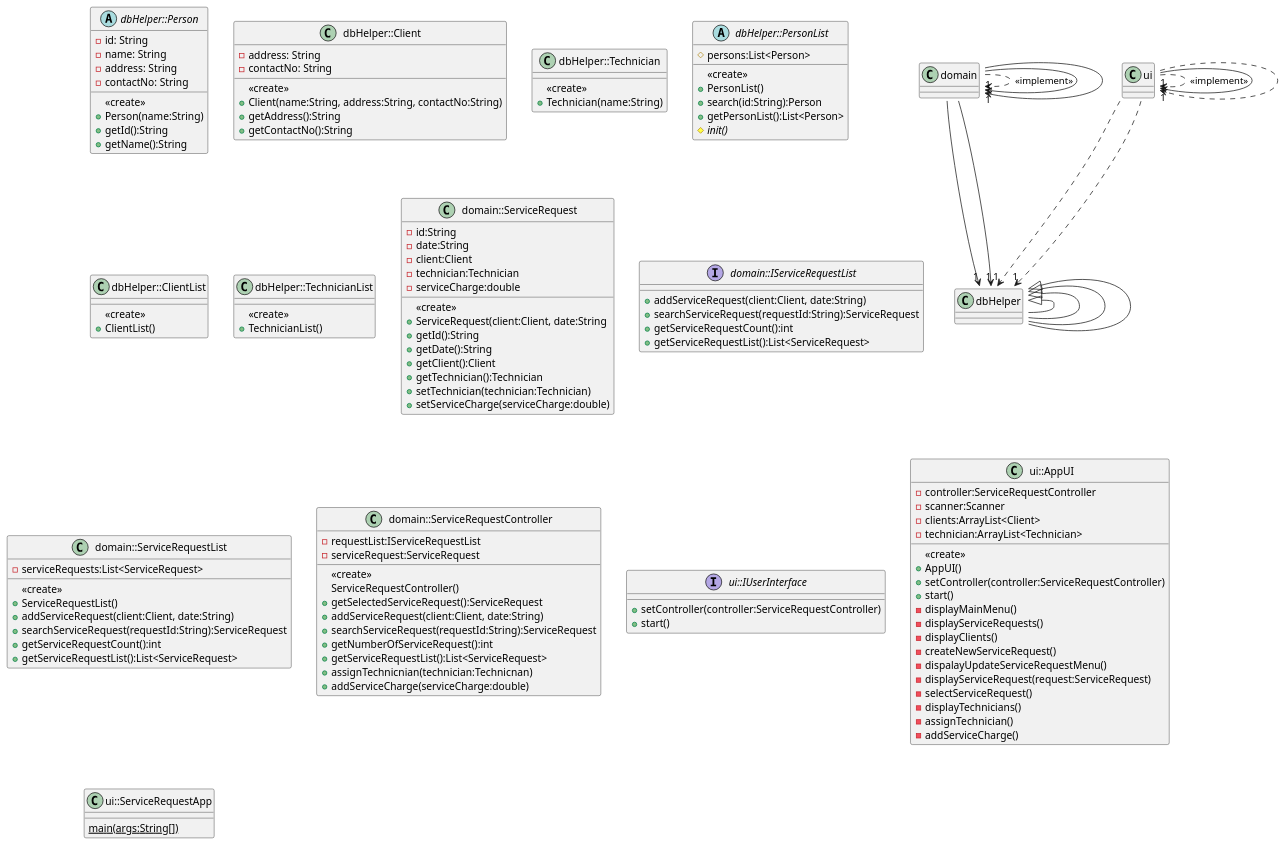
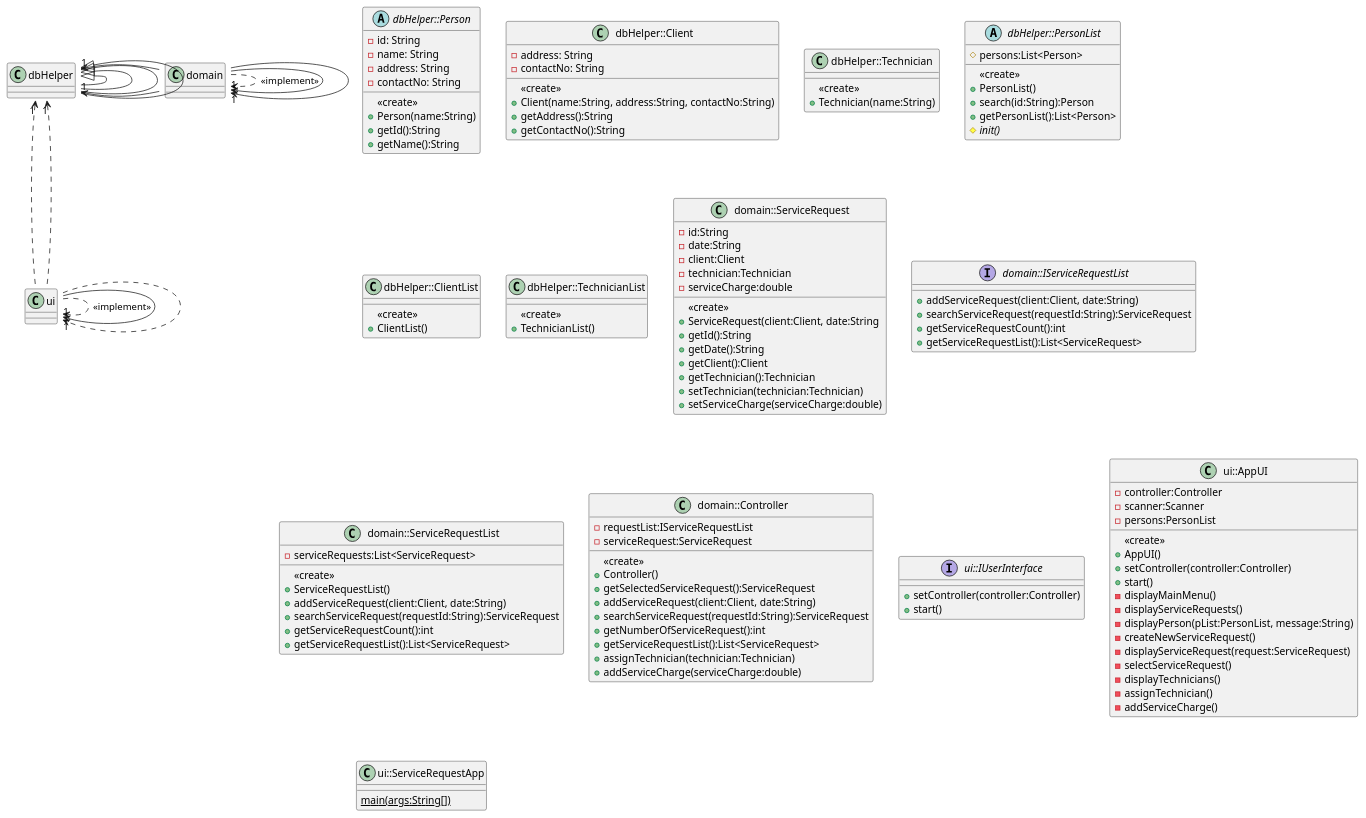
One commit to WLun001/service-request-app changed the diagram in UML/ClassDiagram/DesignClassDiagram.puml. Above: the diagram before and after it, drawn with PlantUML. The commit also changed 2 other files, not shown here.

Commit message:
Added diagrams - Package Diagram - Analysis Class Diagram - Fixed typo of Controller - Optimised import of src

```diff
--- a/UML/ClassDiagram/DesignClassDiagram.puml
+++ b/UML/ClassDiagram/DesignClassDiagram.puml
@@ -1,143 +1,141 @@
 @startuml
 dbHelper::Person <|-- dbHelper::Client
 dbHelper::Person <|-- dbHelper::Technician
 
 dbHelper::PersonList <|-- dbHelper::ClientList
 dbHelper::PersonList <|-- dbHelper::TechnicianList
 
 domain::ServiceRequest --> "1" dbHelper::Technician
-domain::ServiceRequest --> "1" dbHelper::Client
+domain::ServiceRequest -left-> "1" dbHelper::Client
 
 domain::ServiceRequestList ..> domain::IServiceRequestList : <<implement>>
 
-domain::ServiceRequestController --> "1" domain::ServiceRequest
-domain::ServiceRequestController --> "1" domain::IServiceRequestList
+domain::Controller --> "1" domain::ServiceRequest
+domain::Controller --> "1" domain::IServiceRequestList
 
-ui::AppUI ..> ui::IUserInterface : <<implement>>
+ui::AppUI .right.> ui::IUserInterface : <<implement>>
 ui::ServiceRequestApp --> "1" ui::IUserInterface
-ui::ServiceRequestApp ..> "1" dbHelper::TechnicianList
-ui::ServiceRequestApp ..> "1" dbHelper::ClientList
+ui::ServiceRequestApp .up.> "1" dbHelper::TechnicianList
+ui::ServiceRequestApp .up.> "1" dbHelper::ClientList
 ui::ServiceRequestApp ..> "1" ui::AppUI
 
 abstract class dbHelper::Person{
  -id: String
  -name: String
  -address: String
  -contactNo: String
  {method}<<create>>
  +Person(name:String)
  +getId():String
  +getName():String
 }
 
 class dbHelper::Client{
  -address: String
  -contactNo: String
  {method}<<create>>
  +Client(name:String, address:String, contactNo:String)
  +getAddress():String
  +getContactNo():String
 }
 
 class dbHelper::Technician{
  {method}<<create>>
  +Technician(name:String)
 }
 
 abstract class dbHelper::PersonList{
  #persons:List<Person>
  {method}<<create>>
  +PersonList()
  +search(id:String):Person
  +getPersonList():List<Person>
  #{abstract}init()
 }
 
 class dbHelper::ClientList{
  {method}<<create>>
  +ClientList()
 }
 
 class dbHelper::TechnicianList{
  {method}<<create>>
  +TechnicianList()
 }
 
 class domain::ServiceRequest{
  -id:String
  -date:String
  -client:Client
  -technician:Technician
  -serviceCharge:double
  {method}<<create>>
  +ServiceRequest(client:Client, date:String
  +getId():String
  +getDate():String
  +getClient():Client
  +getTechnician():Technician
  +setTechnician(technician:Technician)
  +setServiceCharge(serviceCharge:double)
 }
 
 interface domain::IServiceRequestList{
 +addServiceRequest(client:Client, date:String)
 +searchServiceRequest(requestId:String):ServiceRequest
 +getServiceRequestCount():int
 +getServiceRequestList():List<ServiceRequest>
 }
 
 
 class domain::ServiceRequestList{
  -serviceRequests:List<ServiceRequest>
  {method}<<create>>
  +ServiceRequestList()
  +addServiceRequest(client:Client, date:String)
  +searchServiceRequest(requestId:String):ServiceRequest
  +getServiceRequestCount():int
  +getServiceRequestList():List<ServiceRequest>
 }
 
-class domain::ServiceRequestController{
+class domain::Controller{
  -requestList:IServiceRequestList
  -serviceRequest:ServiceRequest
  {method}<<create>>
- ServiceRequestController()
+ +Controller()
  +getSelectedServiceRequest():ServiceRequest
  +addServiceRequest(client:Client, date:String)
  +searchServiceRequest(requestId:String):ServiceRequest
  +getNumberOfServiceRequest():int
  +getServiceRequestList():List<ServiceRequest>
- +assignTechnicnian(technician:Technicnan)
+ +assignTechnician(technician:Technician)
  +addServiceCharge(serviceCharge:double)
 }
 
 interface ui::IUserInterface{
- +setController(controller:ServiceRequestController)
+ +setController(controller:Controller)
  +start()
 }
 
 class ui::AppUI{
- -controller:ServiceRequestController
+ -controller:Controller
  -scanner:Scanner
- -clients:ArrayList<Client>
- -technician:ArrayList<Technician>
+ -persons:PersonList
  {method}<<create>>
  +AppUI()
- +setController(controller:ServiceRequestController)
+ +setController(controller:Controller)
  +start()
  -displayMainMenu()
  -displayServiceRequests()
- -displayClients()
+ -displayPerson(pList:PersonList, message:String)
  -createNewServiceRequest()
- -dispalayUpdateServiceRequestMenu()
  -displayServiceRequest(request:ServiceRequest)
  -selectServiceRequest()
  -displayTechnicians()
  -assignTechnician()
  -addServiceCharge()
 }
 
 class ui::ServiceRequestApp{
  {static} main(args:String[])
 }
 @enduml
```
